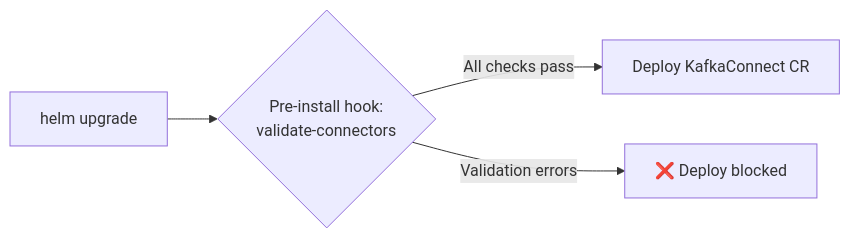
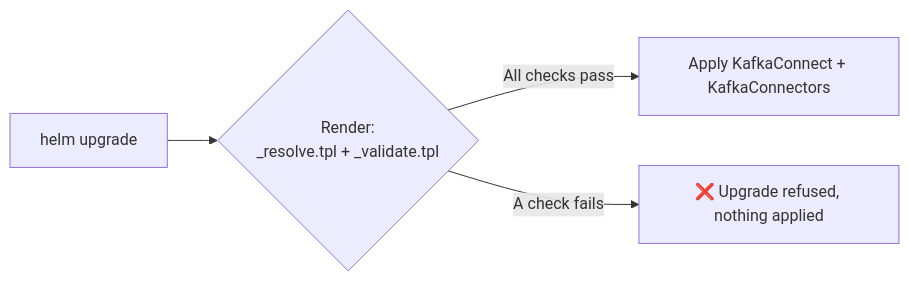
One commit to actions-marketplace-validations/bmscomp_kates changed the seventh of 14 diagrams in docs/book/21-kafka-connect.md. Above: the diagram before and after it, drawn with Mermaid. The commit also changed other lines of this file and 284 other files, not shown here.

````diff
--- a/docs/book/21-kafka-connect.md
+++ b/docs/book/21-kafka-connect.md
@@ -399,6 +490,6 @@
 ```mermaid
 graph LR
-    A["helm upgrade"] --> B{"Pre-install hook:<br/>validate-connectors"}
-    B -->|"All checks pass"| C["Deploy KafkaConnect CR"]
-    B -->|"Validation errors"| D["❌ Deploy blocked"]
+    A["helm upgrade"] --> B{"Render:<br/>_resolve.tpl + _validate.tpl"}
+    B -->|"All checks pass"| C["Apply KafkaConnect + KafkaConnectors"]
+    B -->|"A check fails"| D["❌ Upgrade refused, nothing applied"]
 ```
````
